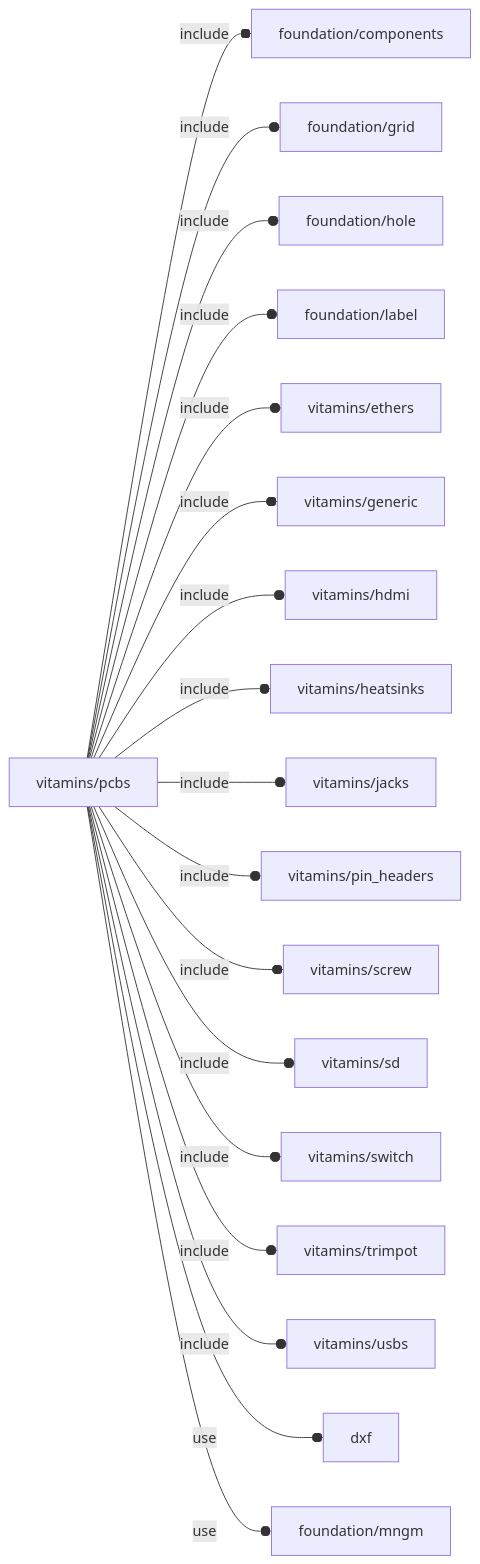
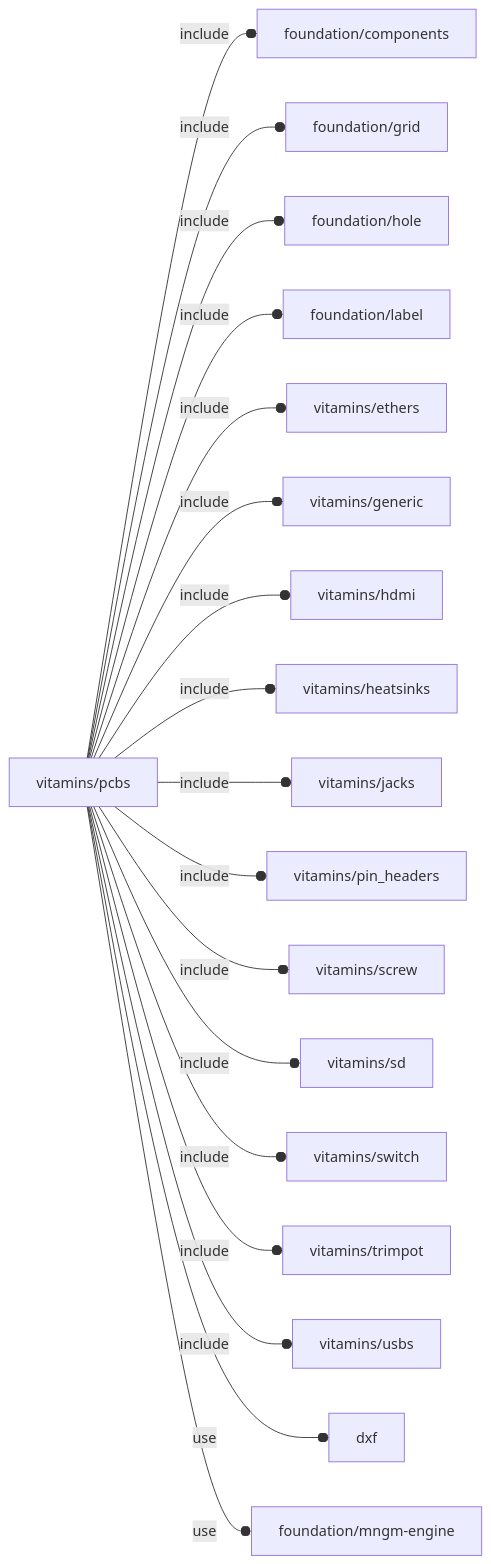
The diagram in orthodocs/vitamins/pcbs.md (ggabbiani/OFL), drawn with Mermaid before and after one commit. The commit also changed 65 other files, not shown here.

Commit message:
foundation/mngm.scad renamed as foundation/mngm-engine.scad

````diff
--- a/orthodocs/vitamins/pcbs.md
+++ b/orthodocs/vitamins/pcbs.md
@@ -5,20 +5,20 @@
 ```mermaid
 graph LR
     A1[vitamins/pcbs] --o|include| A2[foundation/components]
     A1 --o|include| A3[foundation/grid]
     A1 --o|include| A4[foundation/hole]
     A1 --o|include| A5[foundation/label]
     A1 --o|include| A6[vitamins/ethers]
     A1 --o|include| A7[vitamins/generic]
     A1 --o|include| A8[vitamins/hdmi]
     A1 --o|include| A9[vitamins/heatsinks]
     A1 --o|include| A10[vitamins/jacks]
     A1 --o|include| A11[vitamins/pin_headers]
     A1 --o|include| A12[vitamins/screw]
     A1 --o|include| A13[vitamins/sd]
     A1 --o|include| A14[vitamins/switch]
     A1 --o|include| A15[vitamins/trimpot]
     A1 --o|include| A16[vitamins/usbs]
     A1 --o|use| A17[dxf]
-    A1 --o|use| A18[foundation/mngm]
+    A1 --o|use| A18[foundation/mngm-engine]
 ```
````
